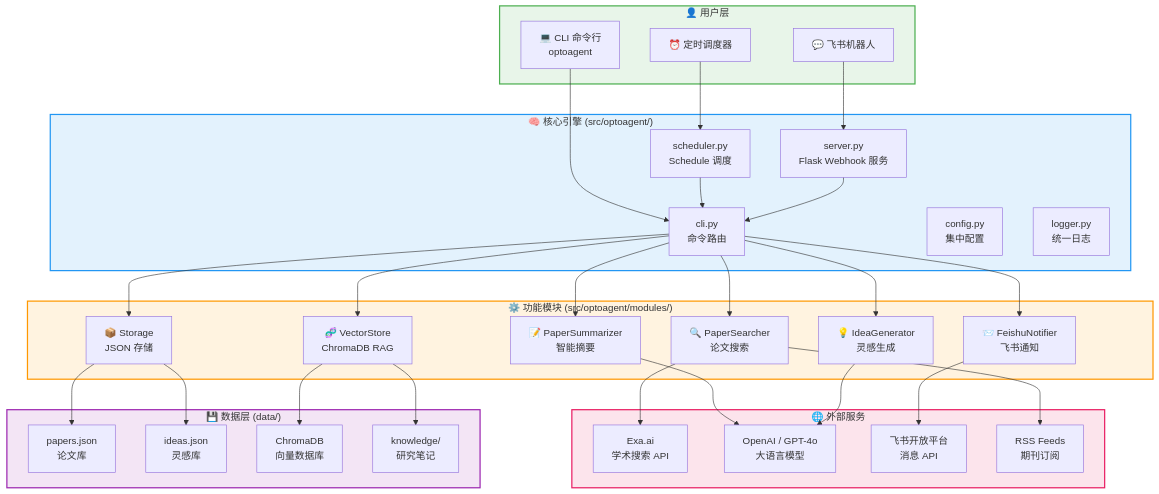
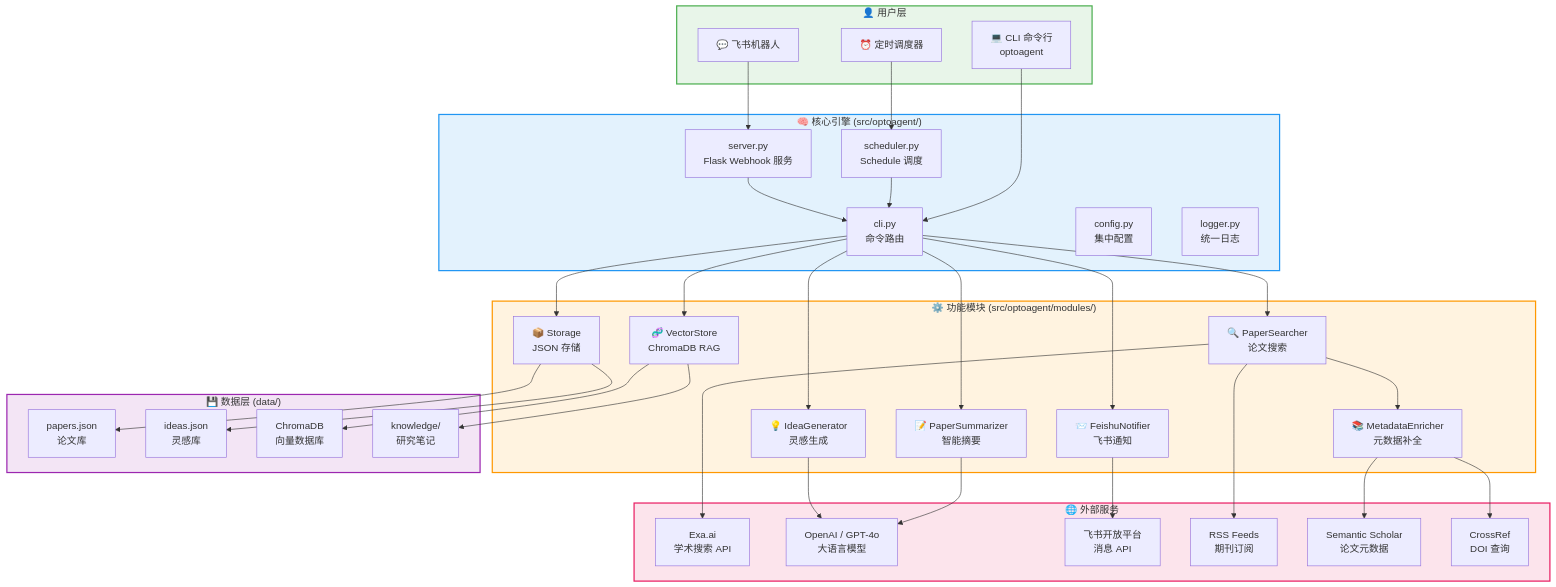
Before and after one commit to Zyleiver/OptoAgent: the first of 2 diagrams in README.md, drawn with Mermaid. The commit also changed other lines of this file and 4 other files, not shown here.

````diff
--- a/README.md
+++ b/README.md
@@ -29,69 +30,75 @@
 ```mermaid
 graph TB
     subgraph UserLayer["👤 用户层"]
         CLI["💻 CLI 命令行<br/>optoagent"]
         Feishu["💬 飞书机器人"]
         Scheduler["⏰ 定时调度器"]
     end
 
     subgraph CoreEngine["🧠 核心引擎 (src/optoagent/)"]
         Main["cli.py<br/>命令路由"]
         Server["server.py<br/>Flask Webhook 服务"]
         SchedModule["scheduler.py<br/>Schedule 调度"]
         Config["config.py<br/>集中配置"]
         Logger["logger.py<br/>统一日志"]
     end
 
     subgraph Modules["⚙️ 功能模块 (src/optoagent/modules/)"]
         Searcher["🔍 PaperSearcher<br/>论文搜索"]
+        MetaEnrich["📚 MetadataEnricher<br/>元数据补全"]
         Summarizer["📝 PaperSummarizer<br/>智能摘要"]
         IdeaGen["💡 IdeaGenerator<br/>灵感生成"]
         StorageMod["📦 Storage<br/>JSON 存储"]
         VectorMod["🧬 VectorStore<br/>ChromaDB RAG"]
         Notifier["📨 FeishuNotifier<br/>飞书通知"]
     end
 
     subgraph ExternalAPIs["🌐 外部服务"]
         Exa["Exa.ai<br/>学术搜索 API"]
         LLM["OpenAI / GPT-4o<br/>大语言模型"]
         FeishuAPI["飞书开放平台<br/>消息 API"]
         RSS["RSS Feeds<br/>期刊订阅"]
+        S2["Semantic Scholar<br/>论文元数据"]
+        CR["CrossRef<br/>DOI 查询"]
     end
 
     subgraph DataLayer["💾 数据层 (data/)"]
         Papers["papers.json<br/>论文库"]
         Ideas["ideas.json<br/>灵感库"]
         ChromaDB["ChromaDB<br/>向量数据库"]
         KnowledgeDir["knowledge/<br/>研究笔记"]
     end
 
     CLI --> Main
     Feishu --> Server
     Scheduler --> SchedModule
     SchedModule --> Main
     Server --> Main
 
     Main --> Searcher
     Main --> Summarizer
     Main --> IdeaGen
     Main --> StorageMod
     Main --> VectorMod
     Main --> Notifier
 
     Searcher --> Exa
     Searcher --> RSS
+    Searcher --> MetaEnrich
+    MetaEnrich --> S2
+    MetaEnrich --> CR
     Summarizer --> LLM
     IdeaGen --> LLM
     Notifier --> FeishuAPI
 
     StorageMod --> Papers
     StorageMod --> Ideas
     VectorMod --> ChromaDB
     VectorMod --> KnowledgeDir
 
     style UserLayer fill:#e8f5e9,stroke:#4caf50,stroke-width:2px
     style CoreEngine fill:#e3f2fd,stroke:#2196f3,stroke-width:2px
     style Modules fill:#fff3e0,stroke:#ff9800,stroke-width:2px
     style ExternalAPIs fill:#fce4ec,stroke:#e91e63,stroke-width:2px
     style DataLayer fill:#f3e5f5,stroke:#9c27b0,stroke-width:2px
 ```
````
